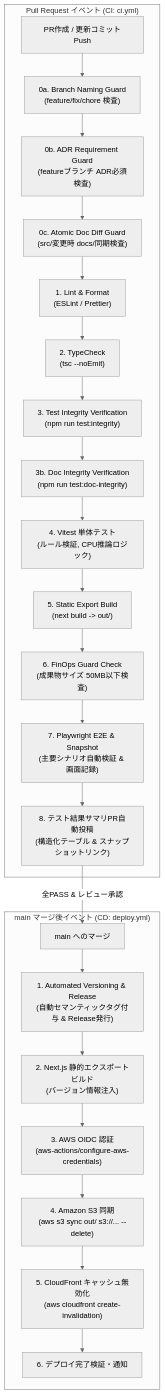
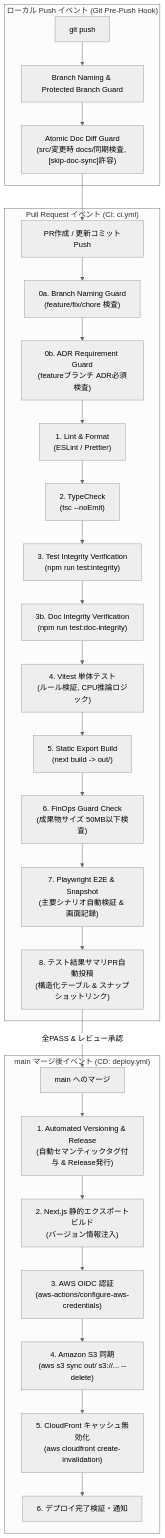
Before and after one commit to dandelion0016/algo: the diagram in docs/design/sre/cicd-pipeline.md, drawn with Mermaid (neutral theme). The commit also changed other lines of this file and 4 other files, not shown here.

Commit message:
chore: move atomic doc-code diff guard from CI to local git pre-push hook

````diff
--- a/docs/design/sre/cicd-pipeline.md
+++ b/docs/design/sre/cicd-pipeline.md
@@ -38,28 +38,33 @@
 ```mermaid
 flowchart TD
+    subgraph LocalPush["ローカル Push イベント (Git Pre-Push Hook)"]
+        Push["git push"] --> Hook1["Branch Naming & Protected Branch Guard"]
+        Hook1 --> Hook2["Atomic Doc Diff Guard<br>(src/変更時 docs/同期検査, [skip-doc-sync]許容)"]
+    end
+
     subgraph PullRequest["Pull Request イベント (CI: ci.yml)"]
         PR["PR作成 / 更新コミットPush"] --> Step0a["0a. Branch Naming Guard<br>(feature/fix/chore 検査)"]
         Step0a --> Step0b["0b. ADR Requirement Guard<br>(featureブランチ ADR必須検査)"]
-        Step0b --> Step0c["0c. Atomic Doc Diff Guard<br>(src/変更時 docs/同期検査)"]
-        Step0c --> Step1["1. Lint & Format<br>(ESLint / Prettier)"]
+        Step0b --> Step1["1. Lint & Format<br>(ESLint / Prettier)"]
         Step1 --> Step2["2. TypeCheck<br>(tsc --noEmit)"]
         Step2 --> Step3["3. Test Integrity Verification<br>(npm run test:integrity)"]
         Step3 --> Step3b["3b. Doc Integrity Verification<br>(npm run test:doc-integrity)"]
         Step3b --> Step4["4. Vitest 単体テスト<br>(ルール検証, CPU推論ロジック)"]
         Step4 --> Step5["5. Static Export Build<br>(next build -> out/)"]
         Step5 --> Step6["6. FinOps Guard Check<br>(成果物サイズ 50MB以下検査)"]
         Step6 --> Step7["7. Playwright E2E & Snapshot<br>(主要シナリオ自動検証 & 画面記録)"]
         Step7 --> Step8["8. テスト結果サマリPR自動投稿<br>(構造化テーブル & スナップショットリンク)"]
     end
 
     subgraph MergeMain["main マージ後イベント (CD: deploy.yml)"]
         Merge["main へのマージ"] --> CD_Tag["1. Automated Versioning & Release<br>(自動セマンティックタグ付与 & Release発行)"]
         CD_Tag --> CD_Build["2. Next.js 静的エクスポートビルド<br>(バージョン情報注入)"]
         CD_Build --> CD_OIDC["3. AWS OIDC 認証<br>(aws-actions/configure-aws-credentials)"]
         CD_OIDC --> CD_S3Sync["4. Amazon S3 同期<br>(aws s3 sync out/ s3://... --delete)"]
         CD_S3Sync --> CD_CFInvalidate["5. CloudFront キャッシュ無効化<br>(aws cloudfront create-invalidation)"]
         CD_CFInvalidate --> CD_Notify["6. デプロイ完了検証・通知"]
     end
 
+    Hook2 --> PR
     Step8 -->|全PASS & レビュー承認| Merge
 ```
````
